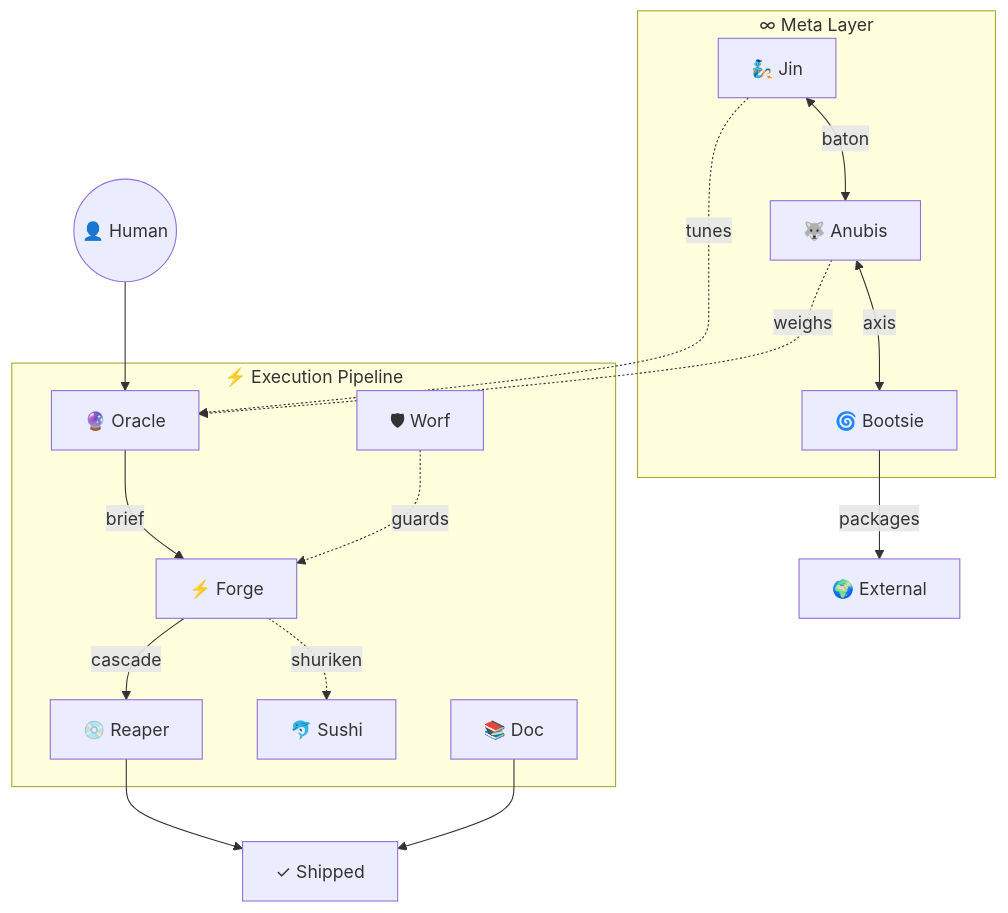
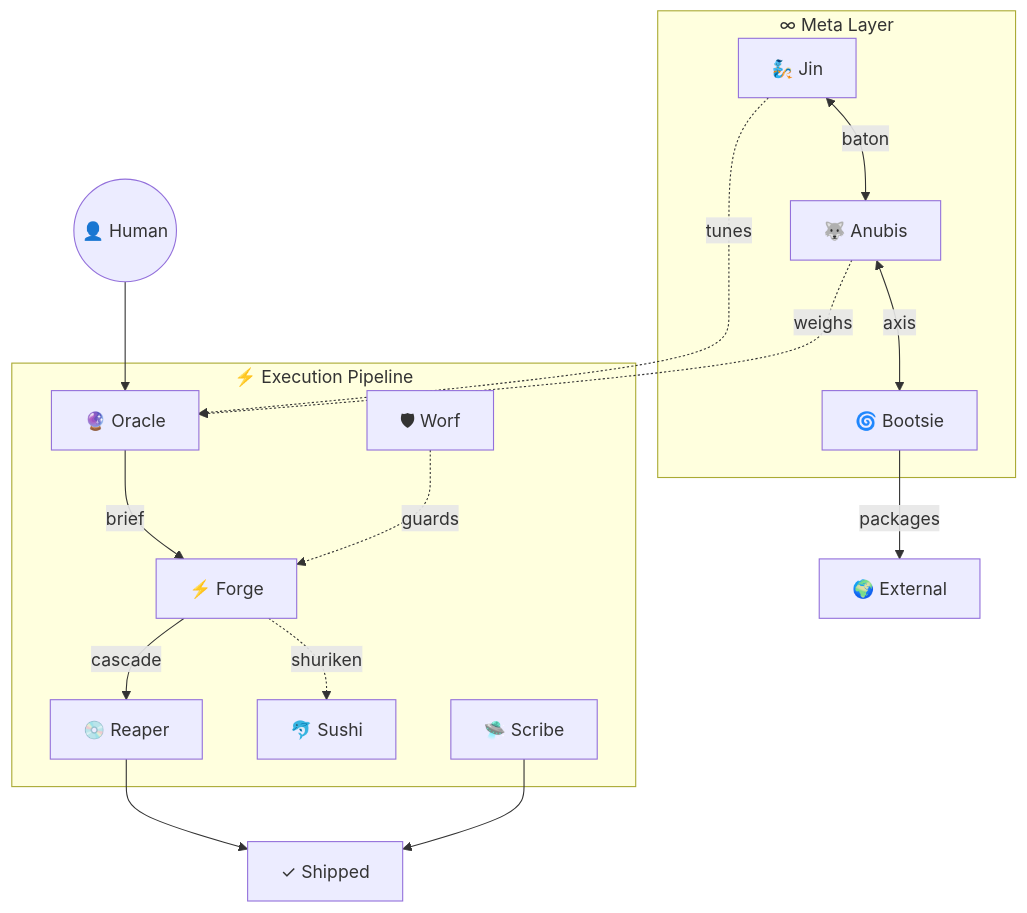
Before and after one commit to verdey/claude-skills: the diagram in mandala.md, drawn with Mermaid. The commit also changed other lines of this file and 8 other files, not shown here.

````diff
--- a/mandala.md
+++ b/mandala.md
@@ -23,22 +23,22 @@
 ```mermaid
 flowchart TB
     subgraph META["∞ Meta Layer"]
         J["🧞 Jin"] <-->|baton| AN["🐺 Anubis"]
         AN <-->|axis| B["🌀 Bootsie"]
     end
 
     subgraph EXEC["⚡ Execution Pipeline"]
         O["🔮 Oracle"] -->|brief| F["⚡ Forge"]
         F -->|cascade| R["💿 Reaper"]
         F -.->|shuriken| SU["🐬 Sushi"]
-        D["📚 Doc"]
+        D["🛸 Scribe"]
         W["🛡 Worf"] -.->|guards| F
     end
 
     USER((👤 Human)) --> O
     J -.->|tunes| O
     AN -.->|weighs| O
     R --> DONE[✓ Shipped]
     D --> DONE
     B -->|packages| EXT[🌍 External]
 ```
````
